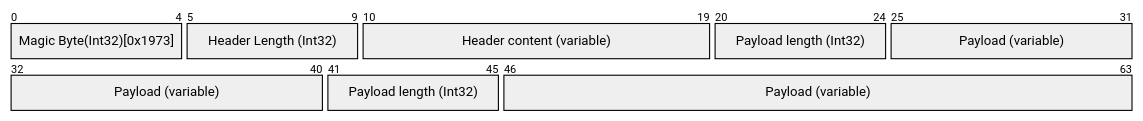
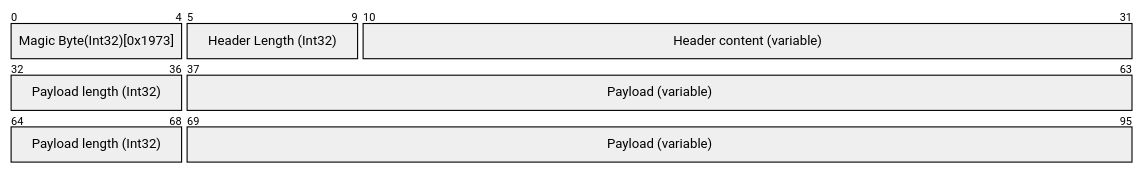
One commit to unclepaul84/streaming-proto-spike changed the diagram in README.md. Above: the diagram before and after it, drawn with Mermaid (neutral theme).

````diff
--- a/README.md
+++ b/README.md
@@ -15,14 +15,14 @@
 ```mermaid
 
 ---
 title: "File Byte Layout"
 ---
 packet-beta
 0-4: "Magic Byte(Int32)[0x1973]"
 5-9: "Header Length (Int32)"
-10-19: "Header content (variable)"
-20-24: "Payload length (Int32)"
-25-40: "Payload (variable)"
-41-45: "Payload length (Int32)"
-46-63: "Payload (variable)"
+10-31: "Header content (variable)"
+32-36: "Payload length (Int32)"
+37-63: "Payload (variable)"
+64-68: "Payload length (Int32)"
+69-95: "Payload (variable)"
 ```
````
